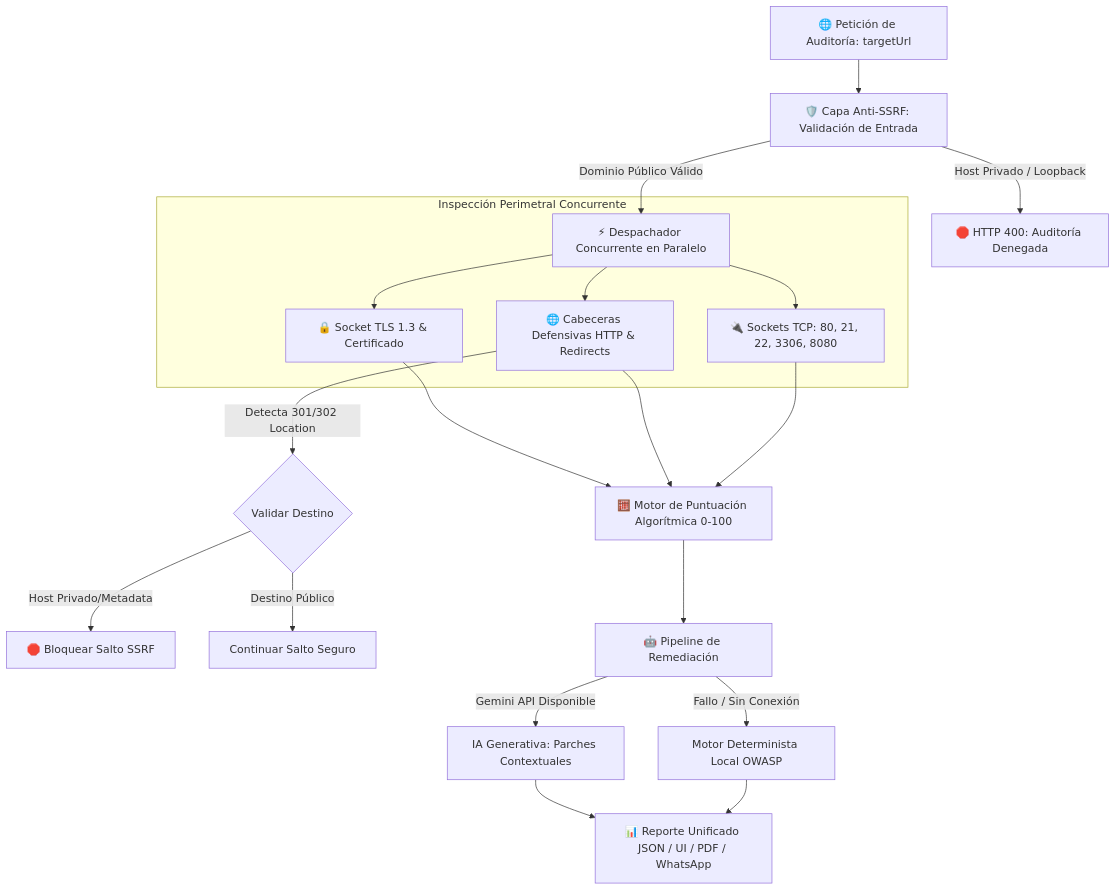
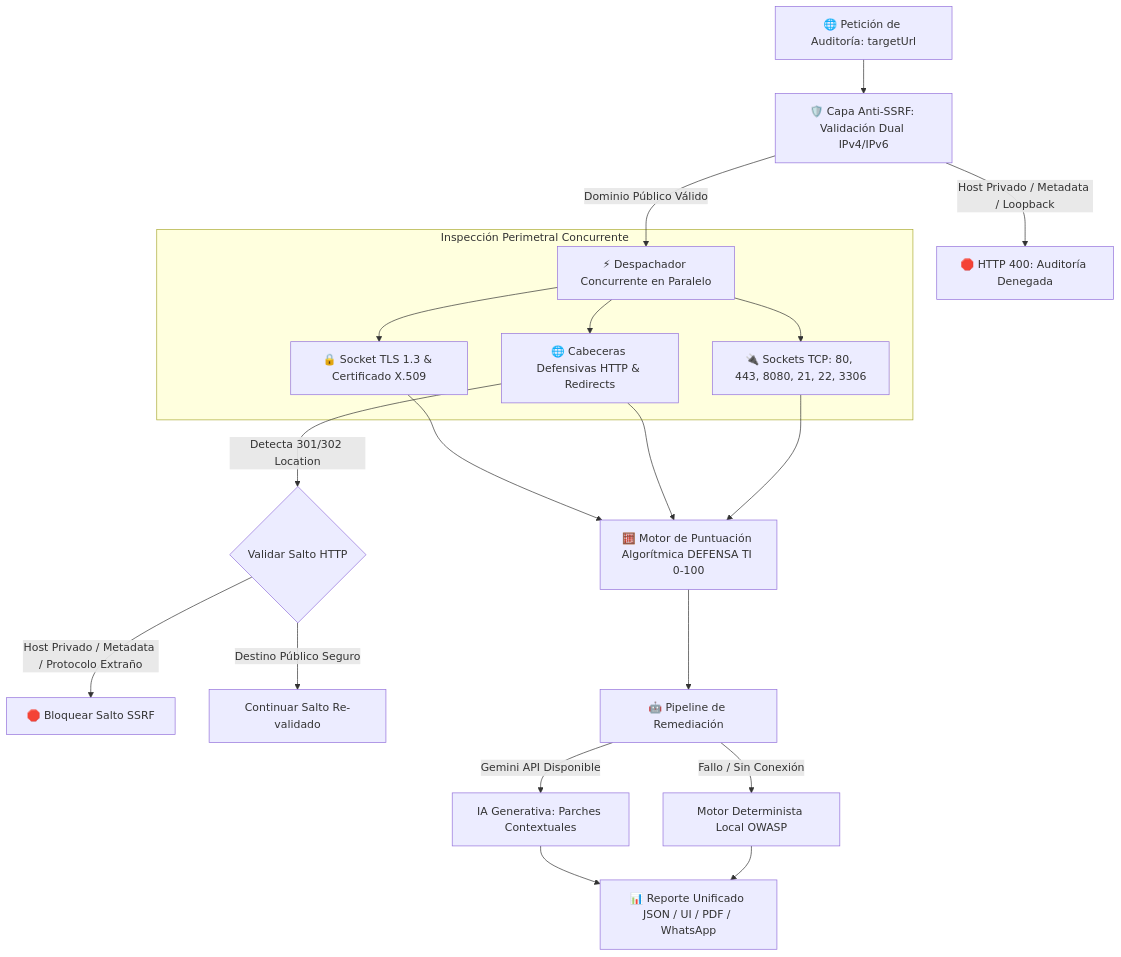
Before and after one commit to martincastillo1996/security-score: the diagram in README.md, drawn with Mermaid. The commit also changed other lines of this file and 11 other files, not shown here.

````diff
--- a/README.md
+++ b/README.md
@@ -88,23 +88,23 @@
 ```mermaid
 flowchart TD
-    A[🌐 Petición de Auditoría: targetUrl] --> B[🛡️ Capa Anti-SSRF: Validación de Entrada]
+    A[🌐 Petición de Auditoría: targetUrl] --> B[🛡️ Capa Anti-SSRF: Validación Dual IPv4/IPv6]
     B -->|Dominio Público Válido| C[⚡ Despachador Concurrente en Paralelo]
-    B -->|Host Privado / Loopback| X[🛑 HTTP 400: Auditoría Denegada]
+    B -->|Host Privado / Metadata / Loopback| X[🛑 HTTP 400: Auditoría Denegada]
 
     subgraph Inspección Perimetral Concurrente
-        C --> D[🔒 Socket TLS 1.3 & Certificado]
+        C --> D[🔒 Socket TLS 1.3 & Certificado X.509]
         C --> E[🌐 Cabeceras Defensivas HTTP & Redirects]
-        C --> F[🔌 Sockets TCP: 80, 21, 22, 3306, 8080]
+        C --> F[🔌 Sockets TCP: 80, 443, 8080, 21, 22, 3306]
     end
 
-    E -->|Detecta 301/302 Location| E1{Validar Destino}
-    E1 -->|Host Privado/Metadata| E2[🛑 Bloquear Salto SSRF]
-    E1 -->|Destino Público| E3[Continuar Salto Seguro]
+    E -->|Detecta 301/302 Location| E1{Validar Salto HTTP}
+    E1 -->|Host Privado / Metadata / Protocolo Extraño| E2[🛑 Bloquear Salto SSRF]
+    E1 -->|Destino Público Seguro| E3[Continuar Salto Re-validado]
 
-    D & E & F --> G[🧮 Motor de Puntuación Algorítmica 0-100]
+    D & E & F --> G[🧮 Motor de Puntuación Algorítmica DEFENSA TI 0-100]
     G --> H[🤖 Pipeline de Remediación]
     H -->|Gemini API Disponible| H1[IA Generativa: Parches Contextuales]
     H -->|Fallo / Sin Conexión| H2[Motor Determinista Local OWASP]
 
     H1 & H2 --> I[📊 Reporte Unificado JSON / UI / PDF / WhatsApp]
 ```
````
